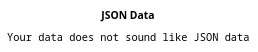
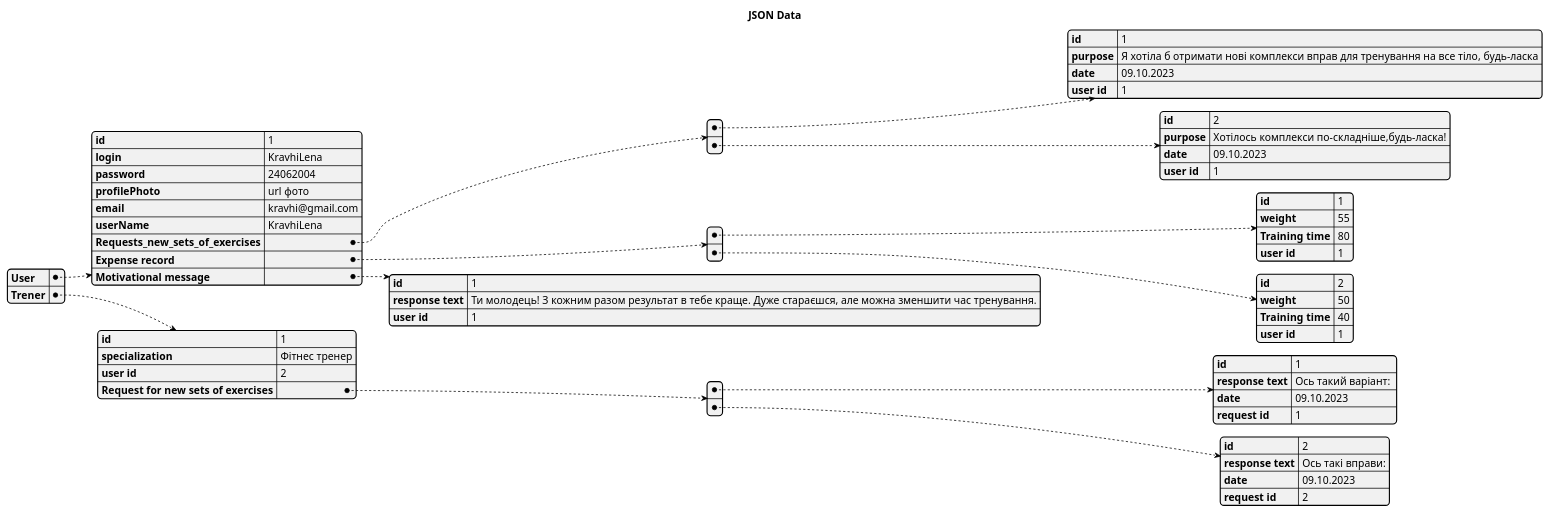
The diagram in 2-SoftwareDesign/2.7-PlantUML/DataModel.puml (oleksandrblazhko/ai-214-kravchishina), drawn with PlantUML before and after one commit.

```diff
--- a/2-SoftwareDesign/2.7-PlantUML/DataModel.puml
+++ b/2-SoftwareDesign/2.7-PlantUML/DataModel.puml
@@ -1,69 +1,65 @@
 @startjson
-
-title JSON Data 
+  title JSON Data
 {
   "User": {
     "id": "1",
     "login": "KravhiLena",
-    "password": "12345678",
+    "password": "24062004",
     "profilePhoto": "url фото",
-    "email": "kravhi@gmail.com@",
+    "email": "kravhi@gmail.com",
     "userName": "KravhiLena",
-    "Requests_new_sets_of_exercices": [
+    "Requests_new_sets_of_exercises": [
       {
         "id": "1",
         "purpose": "Я хотіла б отримати нові комплекси вправ для тренування на все тіло, будь-ласка",
         "date": "09.10.2023",
         "user id": "1"
       },
       {
         "id": "2",
         "purpose": "Хотілось комплекси по-складніше,будь-ласка!",
         "date": "09.10.2023",
         "user id": "1"
       }
     ],
     "Expense record": [
       {
         "id": "1",
         "weight": "55",
         "Training time": "80",
-        "date": "29.09.2023",
         "user id": "1"
       },
       {
-      "weight": "50 ",
-      "Training time": "40",
-      "date": "3.08.2023",
-      "user id": "1"
-    }
+        "id": "2",
+        "weight": "50",
+        "Training time": "40",
+        "user id": "1"
+      }
     ],
     "Motivational message": {
       "id": "1",
-      "response text": "Ти молодець! З кожним разом результат в тебе краще. Дуже стараєшся, але можна зменшити час тренування. ",
+      "response text": "Ти молодець! З кожним разом результат в тебе краще. Дуже стараєшся, але можна зменшити час тренування.",
       "user id": "1"
-    },
+    }
   },
   "Trener": {
-      "id":"1",
-      "specialization": "Фітнес тренер",
-      "user id": "2",
-      "Request for new sets of exercises": [
+    "id": "1",
+    "specialization": "Фітнес тренер",
+    "user id": "2",
+    "Request for new sets of exercises": [
       {
-      "id":"1",
-      "response text": "Ось такий варіант: ",
-      "date": "09.10.2023",
-      "request id": 1
+        "id": "1",
+        "response text": "Ось такий варіант: ",
+        "date": "09.10.2023",
+        "request id": 1
       },
       {
-      "id":"2",
-      "response text": "Ось такі вправи:" ,
-      "date": "09.10.2023",
-      "request id": 2
+        "id": "2",
+        "response text": "Ось такі вправи:",
+        "date": "09.10.2023",
+        "request id": 2
       }
     ]
   }
 }
-
-
 @endjson
```
